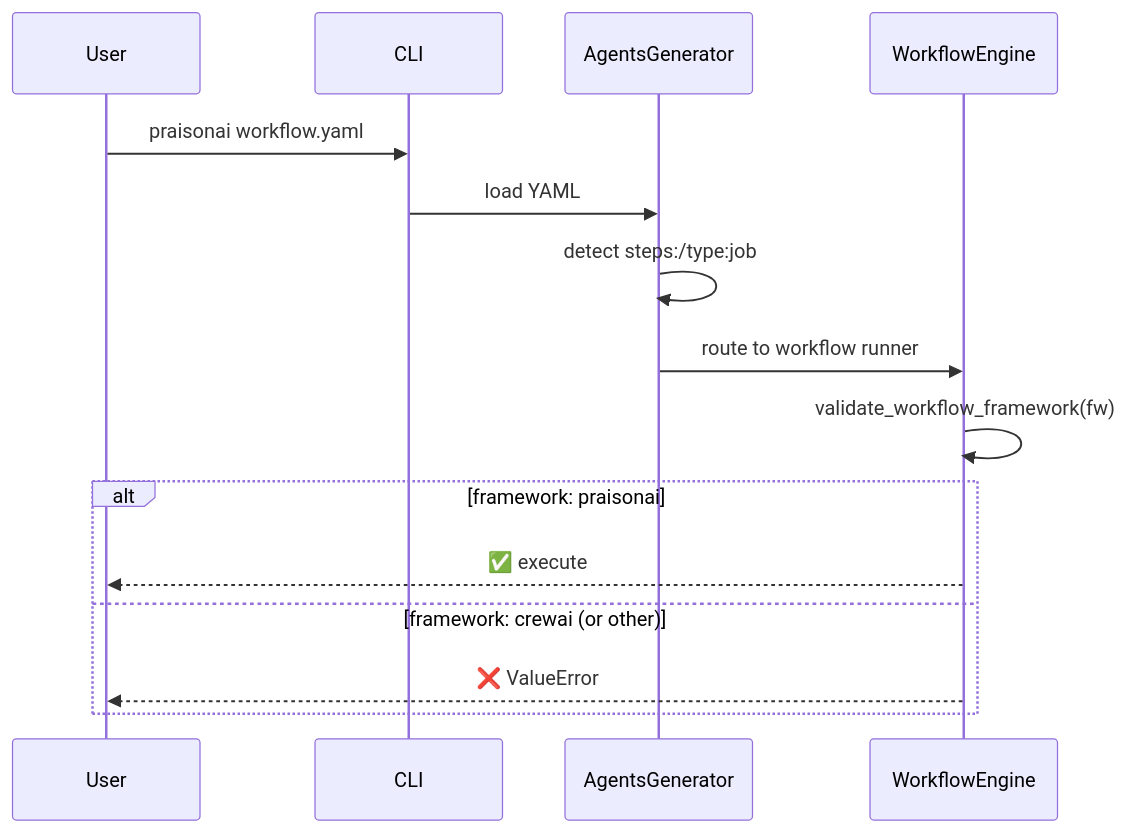
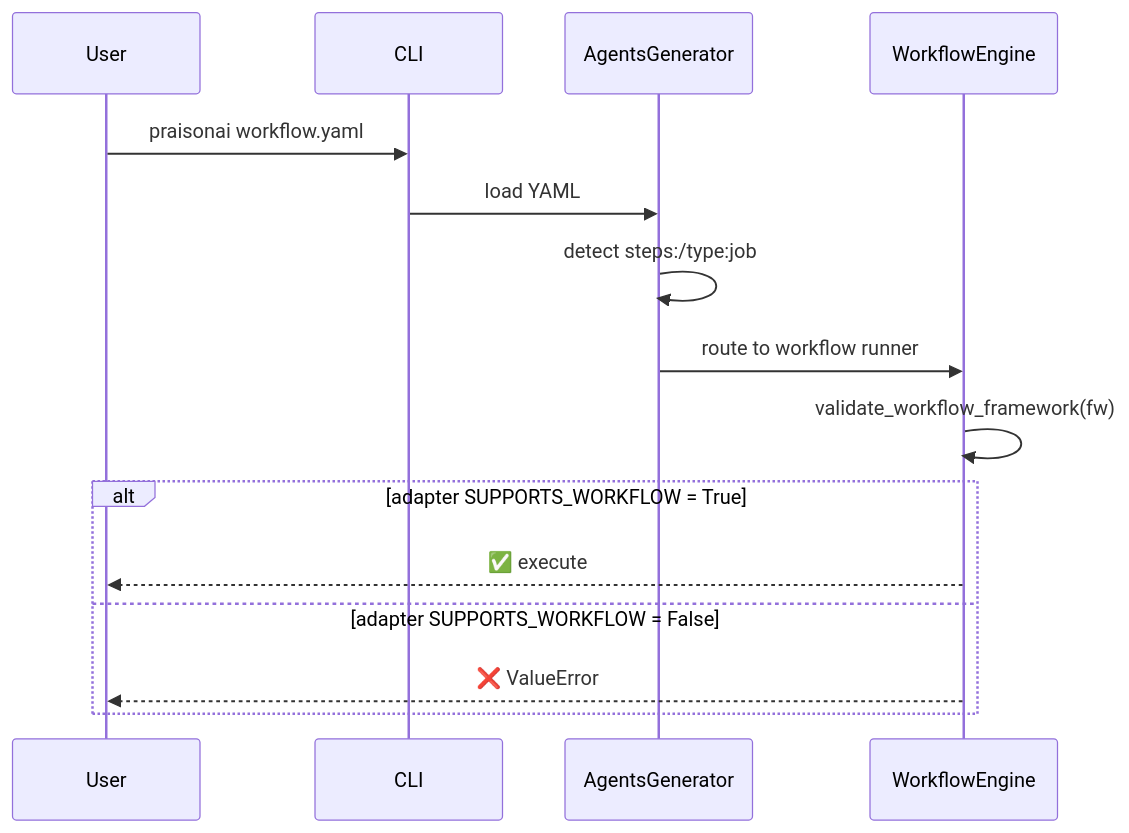
Before and after one commit to MervinPraison/PraisonAIDocs: the third of 3 diagrams in docs/features/workflow-yaml-framework-field.mdx, drawn with Mermaid. The commit also changed other lines of this file and 6 other files, not shown here.

First line of the commit message:
docs: document SUPPORTS_WORKFLOW / SUPPORTS_RUNTIME_FEATURES capability flags + AutoGenerator ToolResolver routing (fixes #1646)

````diff
--- a/docs/features/workflow-yaml-framework-field.mdx
+++ b/docs/features/workflow-yaml-framework-field.mdx
@@ -148,18 +188,18 @@
 ```mermaid
 sequenceDiagram
     participant User
     participant CLI
     participant AgentsGenerator
     participant WorkflowEngine
 
     User->>CLI: praisonai workflow.yaml
     CLI->>AgentsGenerator: load YAML
     AgentsGenerator->>AgentsGenerator: detect steps:/type:job
     AgentsGenerator->>WorkflowEngine: route to workflow runner
     WorkflowEngine->>WorkflowEngine: validate_workflow_framework(fw)
-    alt framework: praisonai
+    alt adapter SUPPORTS_WORKFLOW = True
         WorkflowEngine-->>User: ✅ execute
-    else framework: crewai (or other)
+    else adapter SUPPORTS_WORKFLOW = False
         WorkflowEngine-->>User: ❌ ValueError
     end
 ```
````
